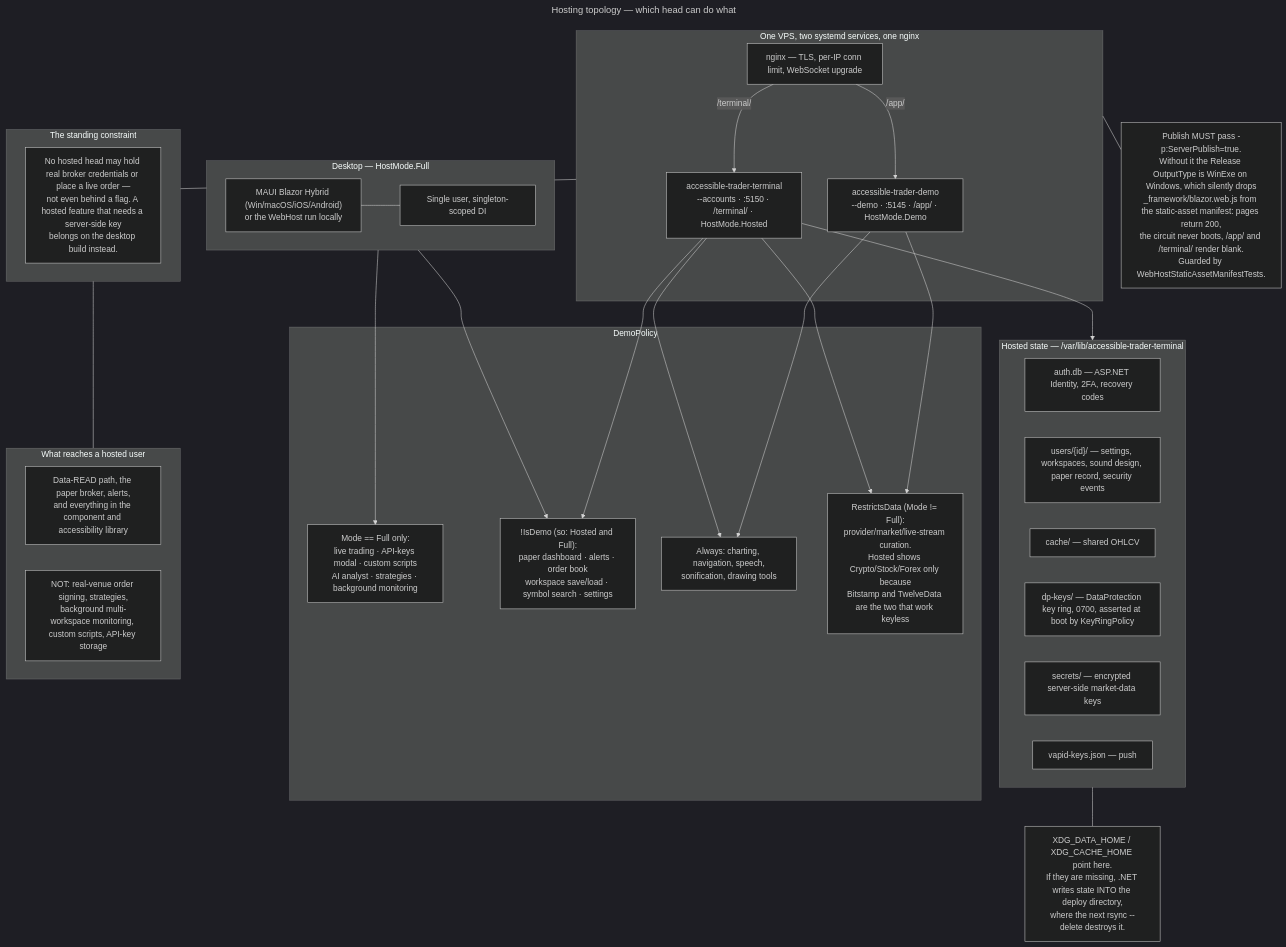
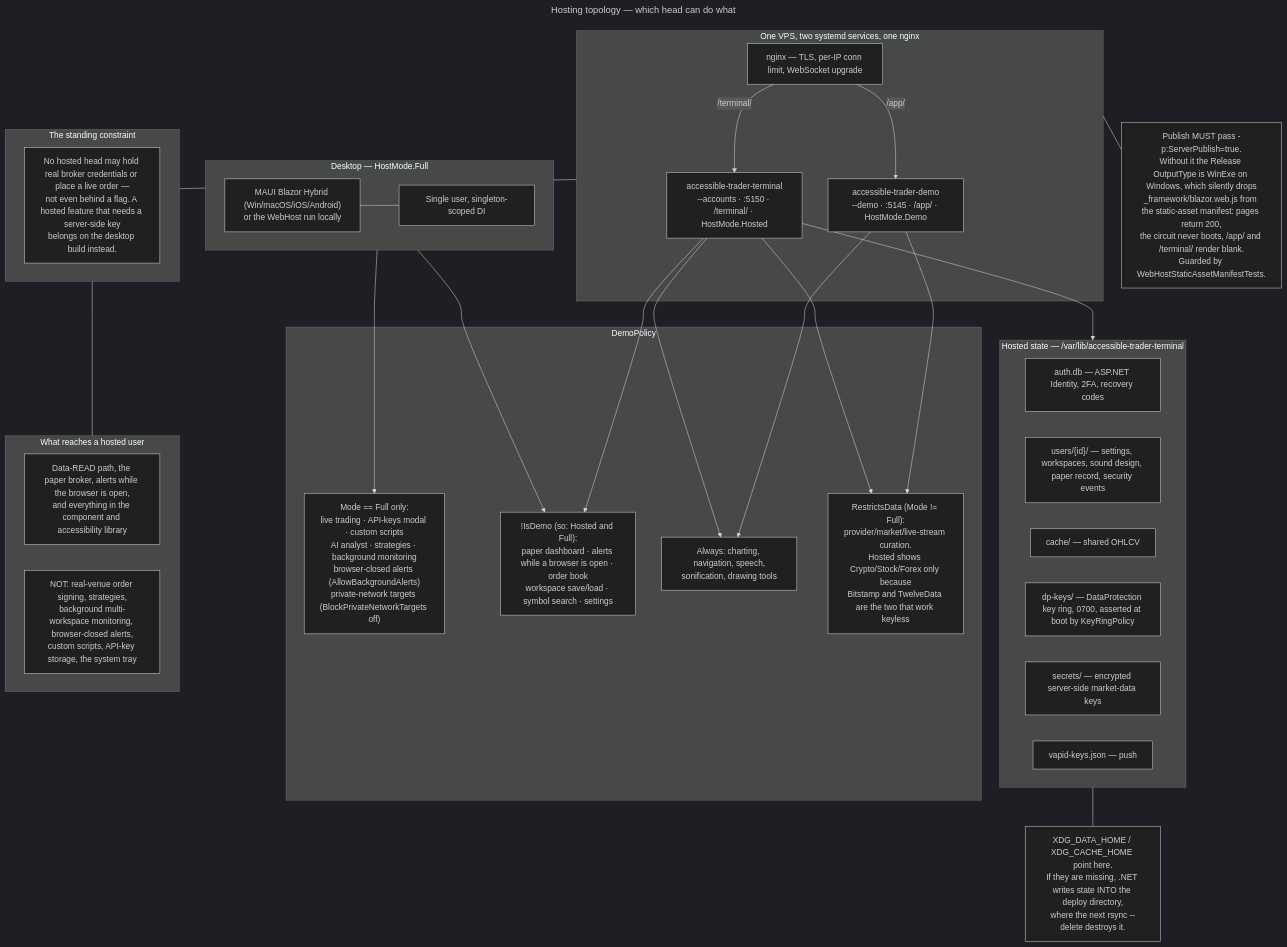
Before and after one commit to churst90/accessible-trade-terminal: the diagram in Diagrams/hosting_topology.mmd, drawn with Mermaid (dark theme). The commit also changed 22 other files, not shown here.

First line of the commit message:
The documentation reflects the terminal: quickstart condensed, manual gains four chapters, WHATSNEW complete, fourteen diagrams

```diff
--- a/Diagrams/hosting_topology.mmd
+++ b/Diagrams/hosting_topology.mmd
@@ -1,62 +1,62 @@
 ---
 title: Hosting topology — which head can do what
 ---
-%% Verified against the tree and docs/SERVER_SETUP.md on 2026-08-28.
+%% Verified against the tree and docs/SERVER_SETUP.md on 2026-09-13.
 %% The gates are AccessibleTrader.Core/Services/DemoPolicy.cs. Read that file before
 %% adding a feature to a hosted head; the split is deliberate, not incidental.
 flowchart TD
     subgraph DESKTOP["Desktop — HostMode.Full"]
         D1["MAUI Blazor Hybrid (Win/macOS/iOS/Android)<br/>or the WebHost run locally"]
         D2["Single user, singleton-scoped DI"]
         D1 --- D2
     end
 
     subgraph SERVER["One VPS, two systemd services, one nginx"]
         NG["nginx — TLS, per-IP conn limit, WebSocket upgrade"]
         DEMO["accessible-trader-demo<br/>--demo · :5145 · /app/ · HostMode.Demo"]
         TERM["accessible-trader-terminal<br/>--accounts · :5150 · /terminal/ · HostMode.Hosted"]
         NG -->|/app/| DEMO
         NG -->|/terminal/| TERM
     end
 
     subgraph GATE["DemoPolicy"]
-        FULL["Mode == Full only:<br/>live trading · API-keys modal · custom scripts<br/>AI analyst · strategies · background monitoring"]
-        NOTDEMO["!IsDemo (so: Hosted and Full):<br/>paper dashboard · alerts · order book<br/>workspace save/load · symbol search · settings"]
+        FULL["Mode == Full only:<br/>live trading · API-keys modal · custom scripts<br/>AI analyst · strategies · background monitoring<br/>browser-closed alerts (AllowBackgroundAlerts)<br/>private-network targets (BlockPrivateNetworkTargets off)"]
+        NOTDEMO["!IsDemo (so: Hosted and Full):<br/>paper dashboard · alerts while a browser is open · order book<br/>workspace save/load · symbol search · settings"]
         ALWAYS["Always: charting, navigation, speech,<br/>sonification, drawing tools"]
         RESTRICT["RestrictsData (Mode != Full):<br/>provider/market/live-stream curation.<br/>Hosted shows Crypto/Stock/Forex only because<br/>Bitstamp and TwelveData are the two that work keyless"]
     end
 
     DESKTOP --> FULL
     DESKTOP --> NOTDEMO
     TERM --> NOTDEMO
     DEMO --> ALWAYS
     TERM --> ALWAYS
     DEMO --> RESTRICT
     TERM --> RESTRICT
 
     subgraph STATE["Hosted state — /var/lib/accessible-trader-terminal"]
         AUTH["auth.db — ASP.NET Identity, 2FA, recovery codes"]
         USERS["users/{id}/ — settings, workspaces, sound design, paper record, security events"]
         CACHE["cache/ — shared OHLCV"]
         DPK["dp-keys/ — DataProtection key ring, 0700, asserted at boot by KeyRingPolicy"]
         SECRETS["secrets/ — encrypted server-side market-data keys"]
         VAPID["vapid-keys.json — push"]
     end
 
     TERM --> STATE
     XDG["XDG_DATA_HOME / XDG_CACHE_HOME point here.<br/>If they are missing, .NET writes state INTO the deploy directory,<br/>where the next rsync --delete destroys it."]
     STATE --- XDG
 
     subgraph RULE["The standing constraint"]
         R["No hosted head may hold real broker credentials or place a live order —<br/>not even behind a flag. A hosted feature that needs a server-side key<br/>belongs on the desktop build instead."]
     end
     SERVER --- RULE
 
     subgraph SHIP["What reaches a hosted user"]
-        Y["Data-READ path, the paper broker, alerts,<br/>and everything in the component and accessibility library"]
-        N["NOT: real-venue order signing, strategies,<br/>background multi-workspace monitoring, custom scripts, API-key storage"]
+        Y["Data-READ path, the paper broker, alerts while the browser is open,<br/>and everything in the component and accessibility library"]
+        N["NOT: real-venue order signing, strategies,<br/>background multi-workspace monitoring, browser-closed alerts,<br/>custom scripts, API-key storage, the system tray"]
     end
     RULE --- SHIP
 
     PUB["Publish MUST pass -p:ServerPublish=true.<br/>Without it the Release OutputType is WinExe on Windows, which silently drops<br/>_framework/blazor.web.js from the static-asset manifest: pages return 200,<br/>the circuit never boots, /app/ and /terminal/ render blank.<br/>Guarded by WebHostStaticAssetManifestTests."]
     SERVER --- PUB
```
